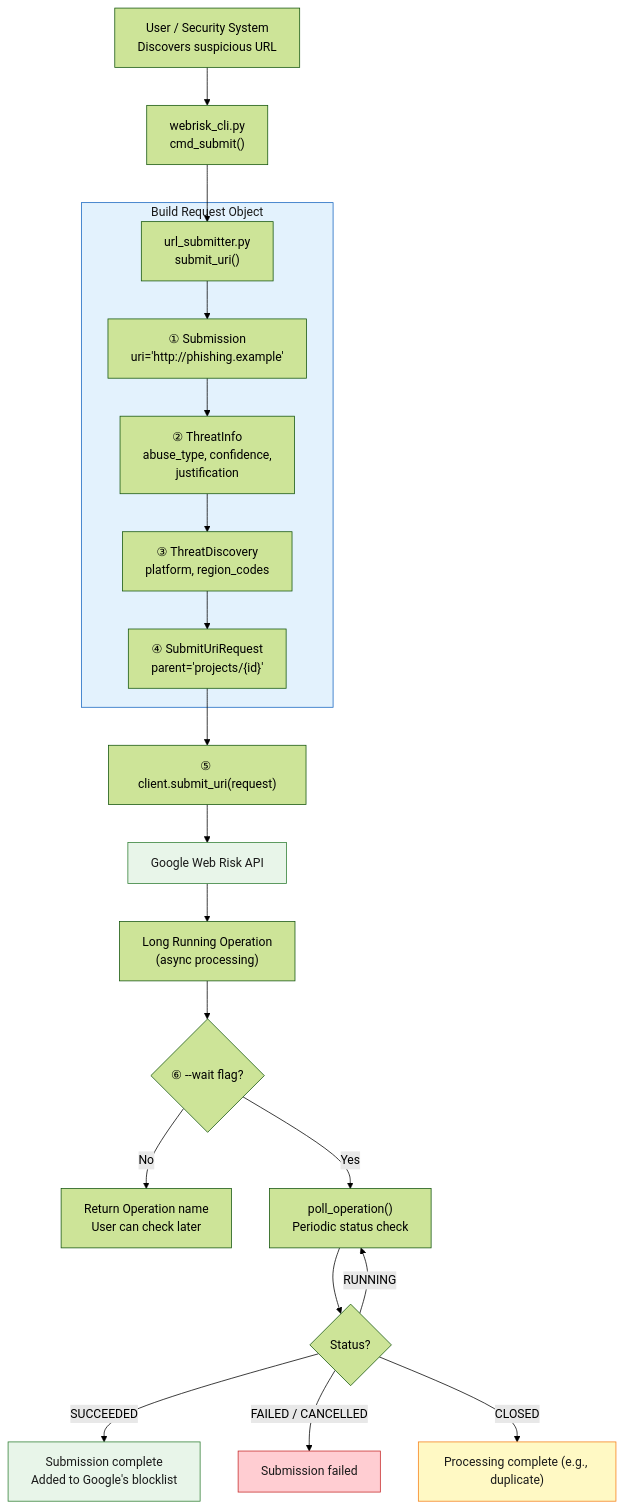
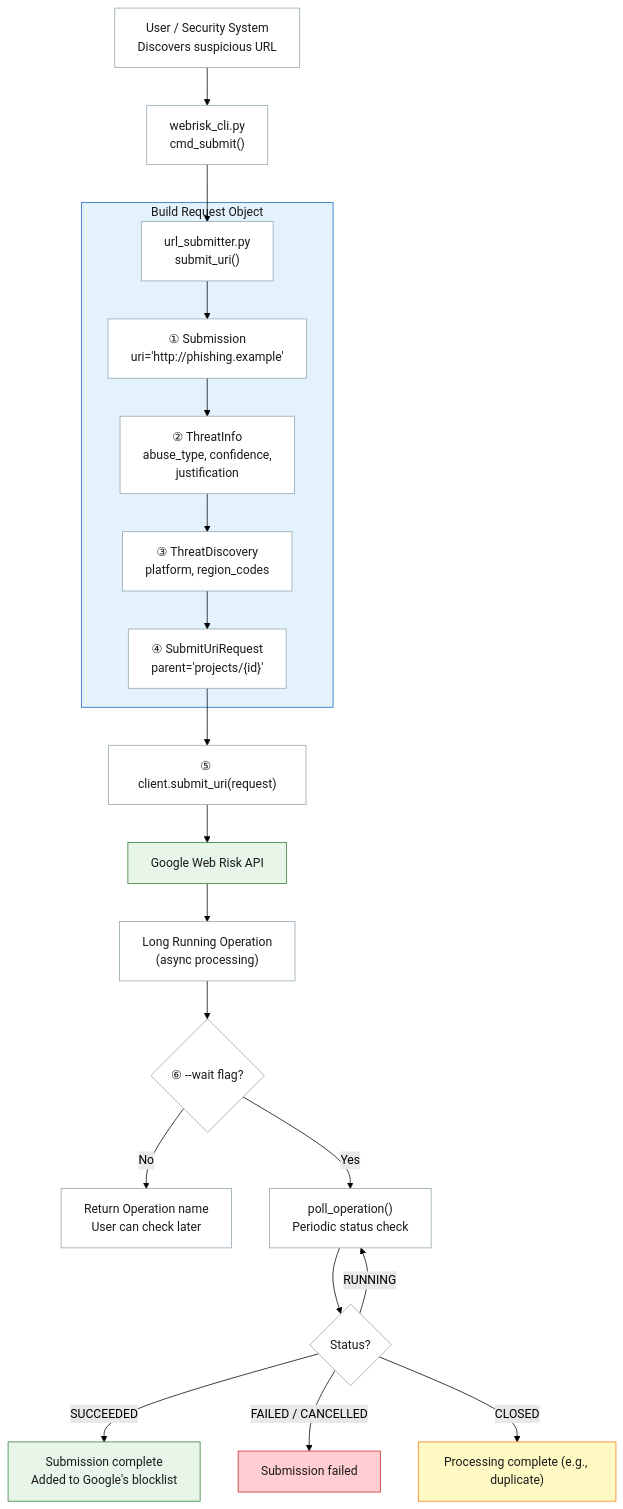
Before and after one commit to kataroya/web-risk-cli: the seventh of 9 diagrams in WORKFLOW_GUIDE.md, drawn with Mermaid (forest theme). The commit also changed other lines of this file, not shown here.

Commit message:
style: Enhance flowchart styles for improved visual clarity in Workflow Guide

````diff
--- a/WORKFLOW_GUIDE.md
+++ b/WORKFLOW_GUIDE.md
@@ -784,30 +830,43 @@
 ```mermaid
 flowchart TD
     A["User / Security System<br/>Discovers suspicious URL"] --> B["webrisk_cli.py<br/>cmd_submit()"]
     B --> C["url_submitter.py<br/>submit_uri()"]
 
     subgraph BUILD["Build Request Object"]
         C --> D["① Submission<br/>uri='http://phishing.example'"]
         D --> E["② ThreatInfo<br/>abuse_type, confidence,<br/>justification"]
         E --> F["③ ThreatDiscovery<br/>platform, region_codes"]
         F --> G["④ SubmitUriRequest<br/>parent='projects/{id}'"]
     end
 
     G --> H["⑤ client.submit_uri(request)"]
     H --> I["Google Web Risk API"]
     I --> J["Long Running Operation<br/>(async processing)"]
     J --> K{"⑥ --wait flag?"}
     K -->|"No"| L["Return Operation name<br/>User can check later"]
     K -->|"Yes"| M["poll_operation()<br/>Periodic status check"]
     M --> N{"Status?"}
     N -->|"RUNNING"| M
     N -->|"SUCCEEDED"| O["Submission complete<br/>Added to Google's blocklist"]
     N -->|"FAILED / CANCELLED"| P["Submission failed"]
     N -->|"CLOSED"| Q["Processing complete (e.g., duplicate)"]
 
+    style A fill:#ffffff,stroke:#90a4ae,color:#1a1a1a
+    style B fill:#ffffff,stroke:#90a4ae,color:#1a1a1a
+    style C fill:#ffffff,stroke:#90a4ae,color:#1a1a1a
+    style D fill:#ffffff,stroke:#90a4ae,color:#1a1a1a
+    style E fill:#ffffff,stroke:#90a4ae,color:#1a1a1a
+    style F fill:#ffffff,stroke:#90a4ae,color:#1a1a1a
+    style G fill:#ffffff,stroke:#90a4ae,color:#1a1a1a
+    style H fill:#ffffff,stroke:#90a4ae,color:#1a1a1a
     style BUILD fill:#e3f2fd,stroke:#1565c0,color:#1a1a1a
     style I fill:#e8f5e9,stroke:#2e7d32,color:#1a1a1a
+    style J fill:#ffffff,stroke:#90a4ae,color:#1a1a1a
+    style K fill:#ffffff,stroke:#90a4ae,color:#1a1a1a
+    style L fill:#ffffff,stroke:#90a4ae,color:#1a1a1a
+    style M fill:#ffffff,stroke:#90a4ae,color:#1a1a1a
+    style N fill:#ffffff,stroke:#90a4ae,color:#1a1a1a
     style O fill:#e8f5e9,stroke:#2e7d32,color:#1a1a1a
     style P fill:#ffcdd2,stroke:#c62828,color:#1a1a1a
     style Q fill:#fff9c4,stroke:#f57f17,color:#1a1a1a
 ```
````
